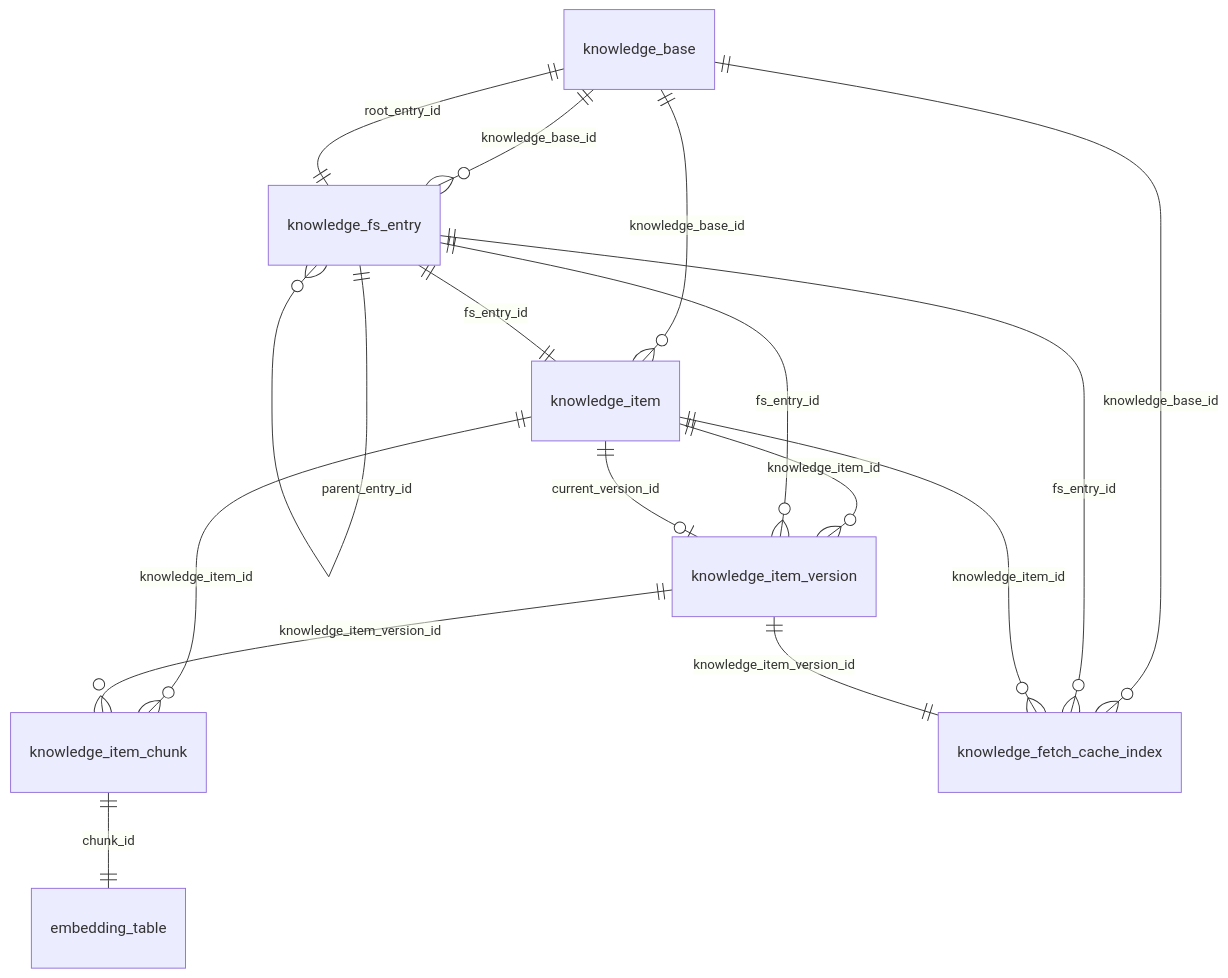
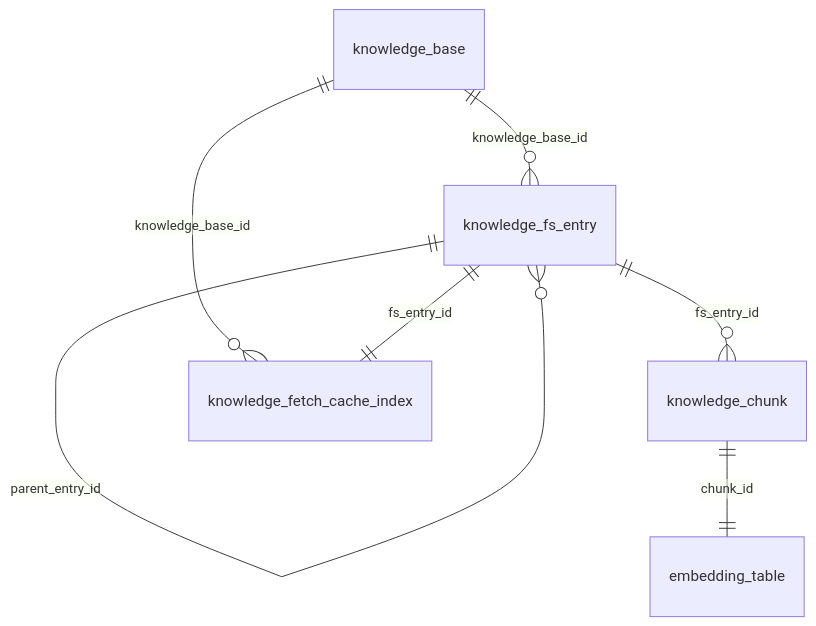
The second of 2 diagrams in docs/modules/knowledge/design.md (beyonai/ByKC), drawn with Mermaid before and after one commit. The commit also changed other lines of this file and 38 other files, not shown here.

````diff
--- a/docs/modules/knowledge/design.md
+++ b/docs/modules/knowledge/design.md
@@ -318,23 +271,11 @@
 ```mermaid
 erDiagram
     knowledge_base ||--o{ knowledge_fs_entry : "knowledge_base_id"
     knowledge_fs_entry ||--o{ knowledge_fs_entry : "parent_entry_id"
-    knowledge_base ||--|| knowledge_fs_entry : "root_entry_id"
 
-    knowledge_base ||--o{ knowledge_item : "knowledge_base_id"
-    knowledge_fs_entry ||--|| knowledge_item : "fs_entry_id"
-
-    knowledge_item ||--o{ knowledge_item_version : "knowledge_item_id"
-    knowledge_fs_entry ||--o{ knowledge_item_version : "fs_entry_id"
-    knowledge_item ||--o| knowledge_item_version : "current_version_id"
-
-    knowledge_item ||--o{ knowledge_item_chunk : "knowledge_item_id"
-    knowledge_item_version ||--o{ knowledge_item_chunk : "knowledge_item_version_id"
-
-    knowledge_item_chunk ||--|| embedding_table : "chunk_id"
+    knowledge_fs_entry ||--o{ knowledge_chunk : "fs_entry_id"
+    knowledge_chunk ||--|| embedding_table : "chunk_id"
 
     knowledge_base ||--o{ knowledge_fetch_cache_index : "knowledge_base_id"
-    knowledge_fs_entry ||--o{ knowledge_fetch_cache_index : "fs_entry_id"
-    knowledge_item ||--o{ knowledge_fetch_cache_index : "knowledge_item_id"
-    knowledge_item_version ||--|| knowledge_fetch_cache_index : "knowledge_item_version_id"
+    knowledge_fs_entry ||--|| knowledge_fetch_cache_index : "fs_entry_id"
 ```
````
